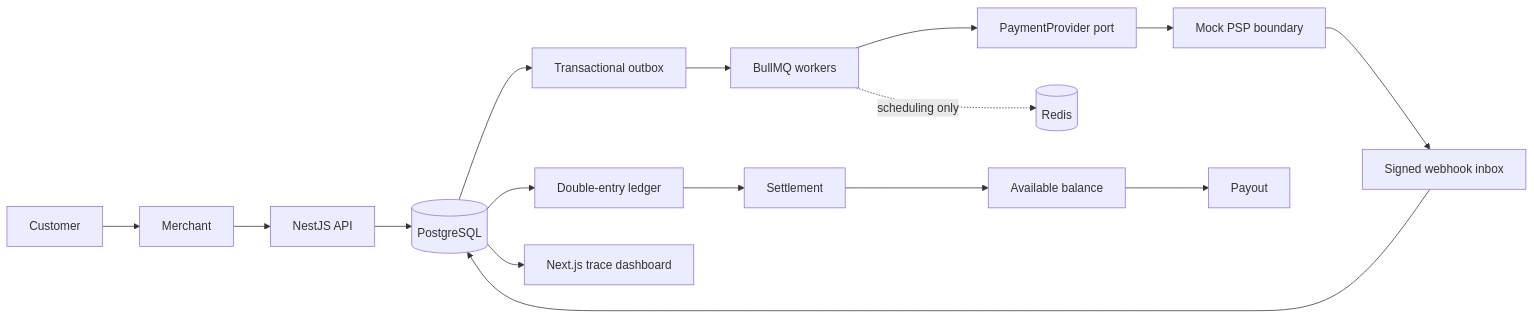
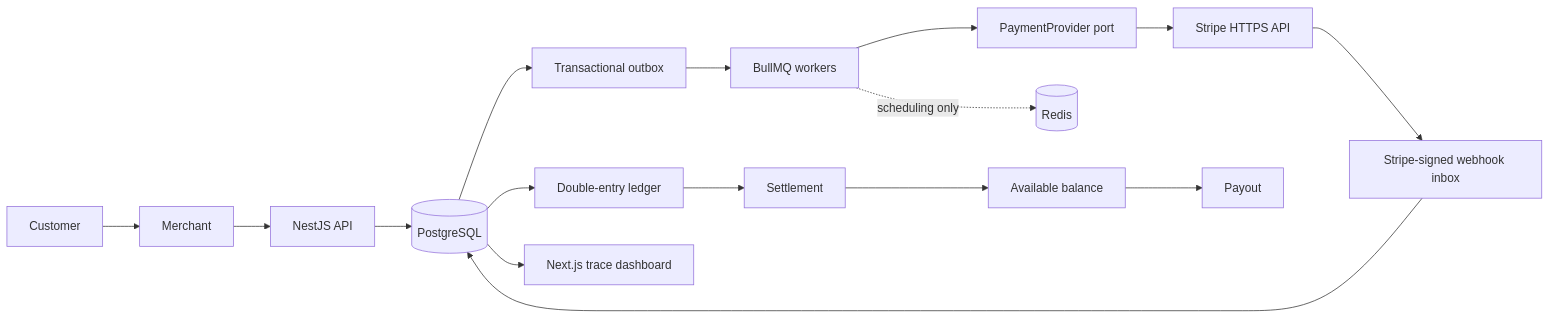
The diagram in docs/architecture.md (daniel-tsx/fintech), drawn with Mermaid before and after one commit. The commit also changed other lines of this file and 50 other files, not shown here.

Commit message:
feat: replace mock PSP with Stripe boundary

````diff
--- a/docs/architecture.md
+++ b/docs/architecture.md
@@ -7,18 +7,18 @@
 ```mermaid
 flowchart LR
   C[Customer] --> M[Merchant]
   M --> API[NestJS API]
   API --> DB[(PostgreSQL)]
   DB --> OB[Transactional outbox]
   OB --> W[BullMQ workers]
   W --> PA[PaymentProvider port]
-  PA --> PSP[Mock PSP boundary]
-  PSP --> WH[Signed webhook inbox]
+  PA --> PSP[Stripe HTTPS API]
+  PSP --> WH[Stripe-signed webhook inbox]
   WH --> DB
   DB --> L[Double-entry ledger]
   L --> S[Settlement]
   S --> B[Available balance]
   B --> P[Payout]
   DB --> UI[Next.js trace dashboard]
   W -. scheduling only .-> R[(Redis)]
 ```
````
